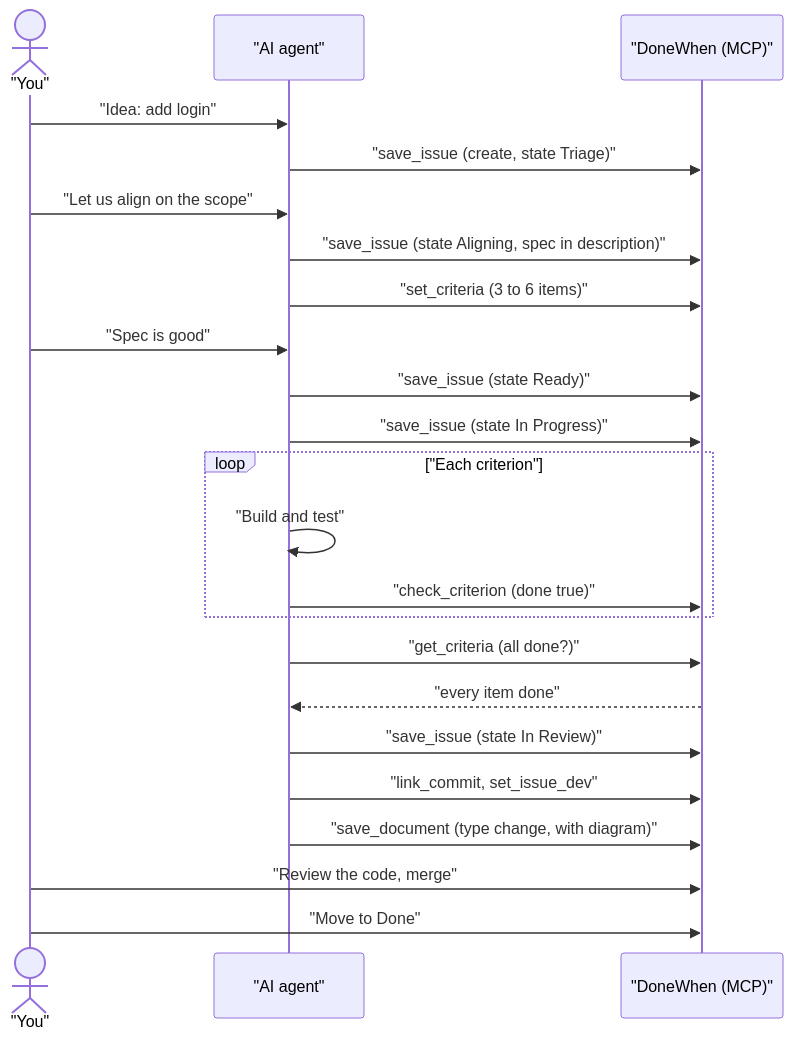
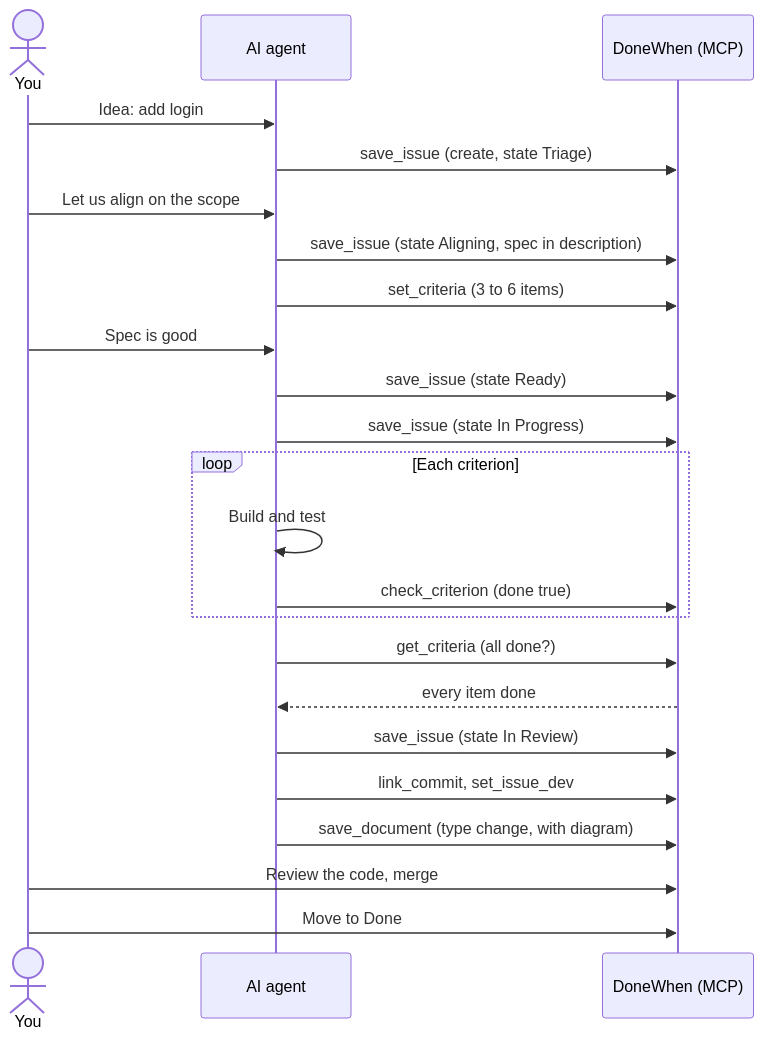
Before and after one commit to johnreginald/donewhen: the diagram in docs/AI-WORKFLOW.md, drawn with Mermaid. The commit also changed 2 other files, not shown here.

Commit message:
Docs: sequence diagrams without literal quotes; MERMAID.md rule fixed
Double quotes print literally in sequence diagrams (participant names,
messages, loop titles), so the explanation docs' diagrams showed
"You" and "Idea: add login" with quotes. Strip them, drop the
brackets in loop titles, and correct MERMAID.md: quotes are for
flowchart labels only.

PP-233

````diff
--- a/docs/AI-WORKFLOW.md
+++ b/docs/AI-WORKFLOW.md
@@ -115,25 +115,25 @@
 ```mermaid
 sequenceDiagram
-    actor H as "You"
-    participant A as "AI agent"
-    participant D as "DoneWhen (MCP)"
-    H->>A: "Idea: add login"
-    A->>D: "save_issue (create, state Triage)"
-    H->>A: "Let us align on the scope"
-    A->>D: "save_issue (state Aligning, spec in description)"
-    A->>D: "set_criteria (3 to 6 items)"
-    H->>A: "Spec is good"
-    A->>D: "save_issue (state Ready)"
-    A->>D: "save_issue (state In Progress)"
-    loop "Each criterion"
-        A->>A: "Build and test"
-        A->>D: "check_criterion (done true)"
+    actor H as You
+    participant A as AI agent
+    participant D as DoneWhen (MCP)
+    H->>A: Idea: add login
+    A->>D: save_issue (create, state Triage)
+    H->>A: Let us align on the scope
+    A->>D: save_issue (state Aligning, spec in description)
+    A->>D: set_criteria (3 to 6 items)
+    H->>A: Spec is good
+    A->>D: save_issue (state Ready)
+    A->>D: save_issue (state In Progress)
+    loop Each criterion
+        A->>A: Build and test
+        A->>D: check_criterion (done true)
     end
-    A->>D: "get_criteria (all done?)"
-    D-->>A: "every item done"
-    A->>D: "save_issue (state In Review)"
-    A->>D: "link_commit, set_issue_dev"
-    A->>D: "save_document (type change, with diagram)"
-    H->>D: "Review the code, merge"
-    H->>D: "Move to Done"
+    A->>D: get_criteria (all done?)
+    D-->>A: every item done
+    A->>D: save_issue (state In Review)
+    A->>D: link_commit, set_issue_dev
+    A->>D: save_document (type change, with diagram)
+    H->>D: Review the code, merge
+    H->>D: Move to Done
 ```
````
